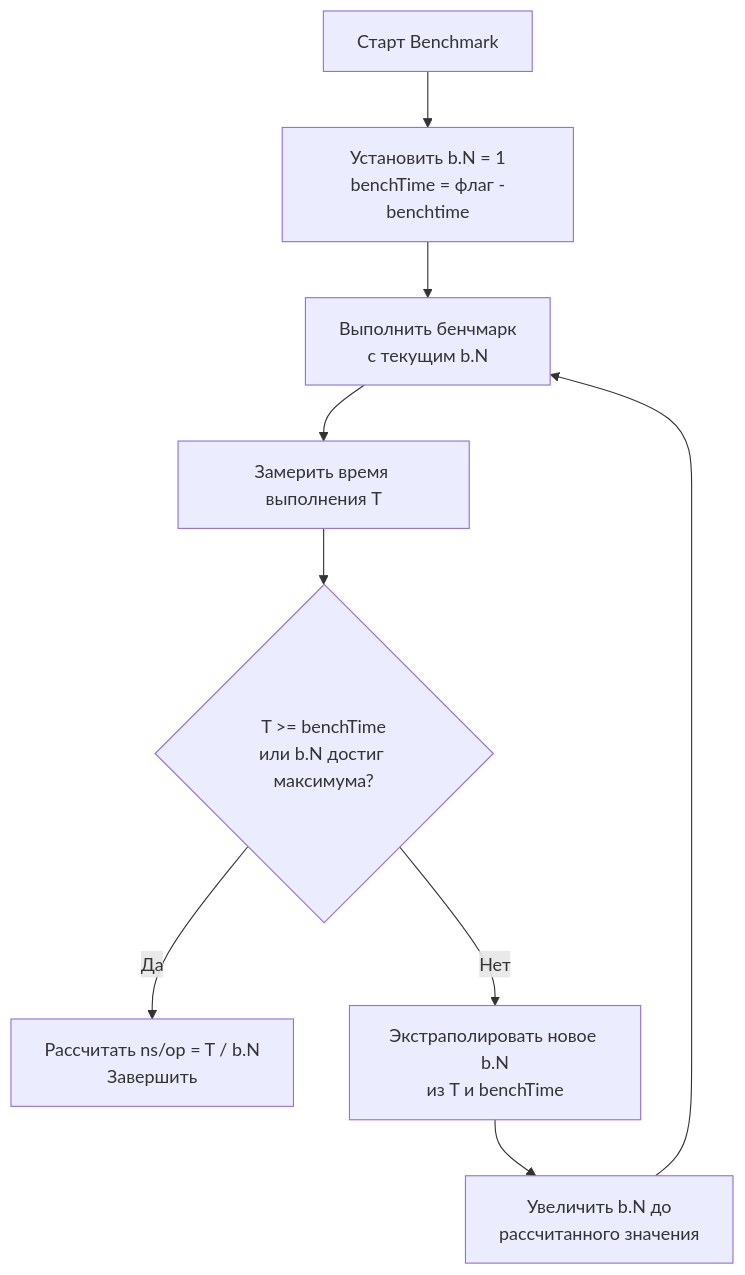
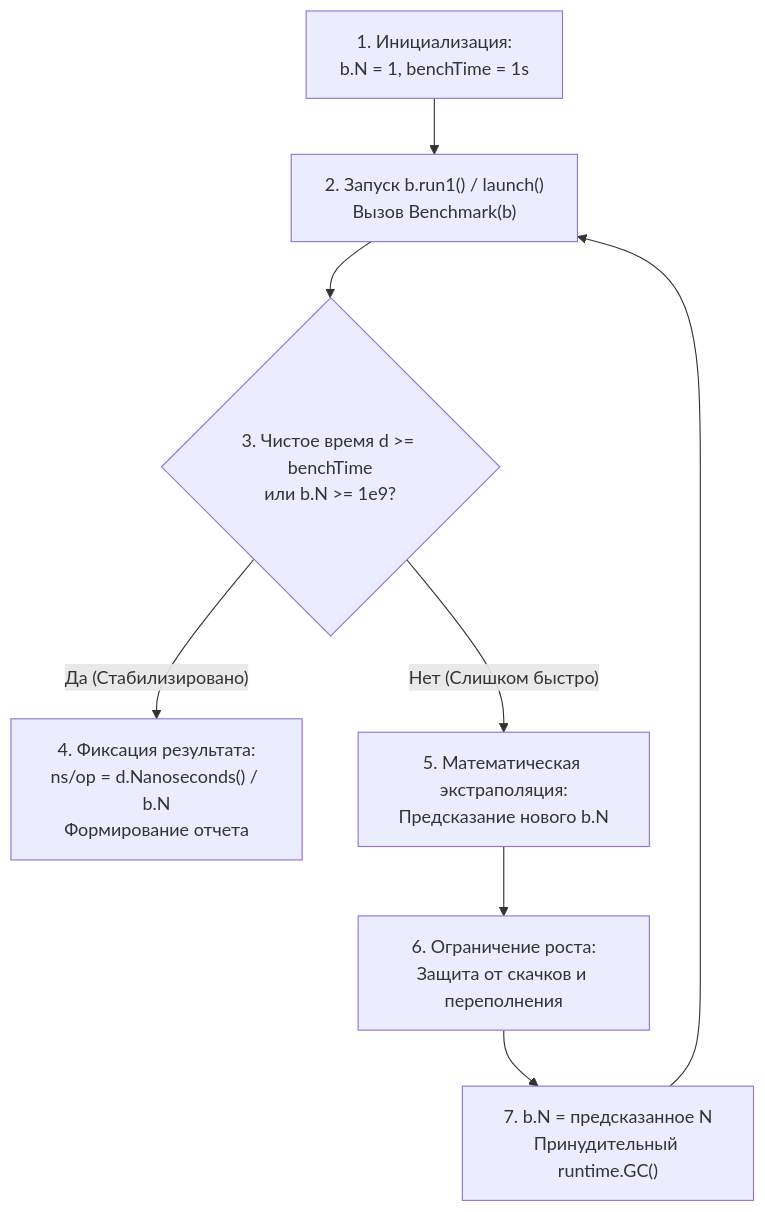
One commit to UnrealTemplier/go-textbook changed the first of 2 diagrams in sources/16. Профилирование, отладка и производительность/02. Benchmarking/3. go test -bench под капотом.md. Above: the diagram before and after it, drawn with Mermaid. The commit also changed other lines of this file, not shown here.

Commit message:
feat(module-16): editorial rewrite of lecture 3 (go test -bench под капотом) in Subsection 02 in Kernighan style

````diff
--- a/sources/16. Профилирование, отладка и производительность/02. Benchmarking/3. go test -bench под капотом.md
+++ b/sources/16. Профилирование, отладка и производительность/02. Benchmarking/3. go test -bench под капотом.md
@@ -13,11 +59,12 @@
 ```mermaid
 flowchart TD
-    A["Старт Benchmark"] --> B["Установить b.N = 1<br>benchTime = флаг -benchtime"]
-    B --> C["Выполнить бенчмарк<br>с текущим b.N"]
-    C --> D["Замерить время выполнения T"]
-    D --> E{"T >= benchTime<br>или b.N достиг максимума?"}
-    E -- "Да" --> F["Рассчитать ns/op = T / b.N<br>Завершить"]
-    E -- "Нет" --> G["Экстраполировать новое b.N<br>из T и benchTime"]
-    G --> H["Увеличить b.N до<br>рассчитанного значения"]
-    H --> C
+    Start["1. Инициализация:<br>b.N = 1, benchTime = 1s"] --> Launch["2. Запуск b.run1() / launch()<br>Вызов Benchmark(b)"]
+    Launch --> CheckTime{"3. Чистое время d >= benchTime<br>или b.N >= 1e9?"}
+    
+    CheckTime -- "Да (Стабилизировано)" --> Final["4. Фиксация результата:<br>ns/op = d.Nanoseconds() / b.N<br>Формирование отчета"]
+    CheckTime -- "Нет (Слишком быстро)" --> Extrapolate["5. Математическая экстраполяция:<br>Предсказание нового b.N"]
+    
+    Extrapolate --> Clamp["6. Ограничение роста:<br>Защита от скачков и переполнения"]
+    Clamp --> SetN["7. b.N = предсказанное N<br>Принудительный runtime.GC()"]
+    SetN --> Launch
 ```
````
